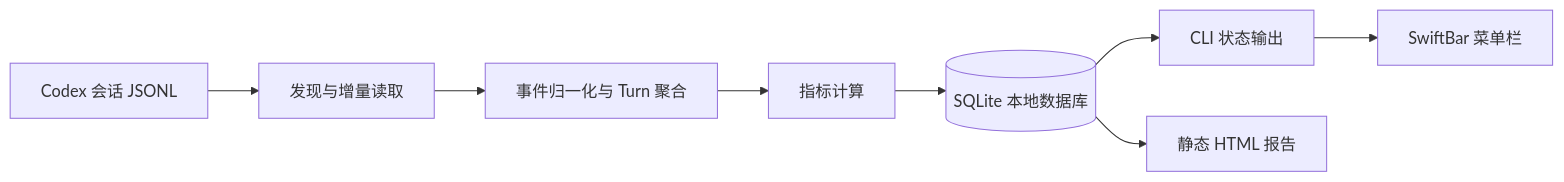
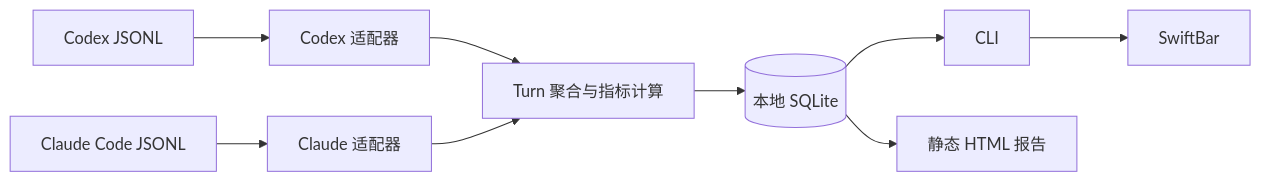
Before and after one commit to xuzhu-591/codex-latency-monitor: the diagram in docs/technical-design.md, drawn with Mermaid. The commit also changed other lines of this file and 15 other files, not shown here.

````diff
--- a/docs/technical-design.md
+++ b/docs/technical-design.md
@@ -58,10 +22,11 @@
 ```mermaid
 flowchart LR
-    A[Codex 会话 JSONL] --> B[发现与增量读取]
-    B --> C[事件归一化与 Turn 聚合]
-    C --> D[指标计算]
-    D --> E[(SQLite 本地数据库)]
-    E --> F[CLI 状态输出]
-    F --> G[SwiftBar 菜单栏]
-    E --> H[静态 HTML 报告]
+    C[Codex JSONL] --> CA[Codex 适配器]
+    L[Claude Code JSONL] --> LA[Claude 适配器]
+    CA --> A[Turn 聚合与指标计算]
+    LA --> A
+    A --> D[(本地 SQLite)]
+    D --> CLI[CLI]
+    CLI --> S[SwiftBar]
+    D --> R[静态 HTML 报告]
 ```
````
